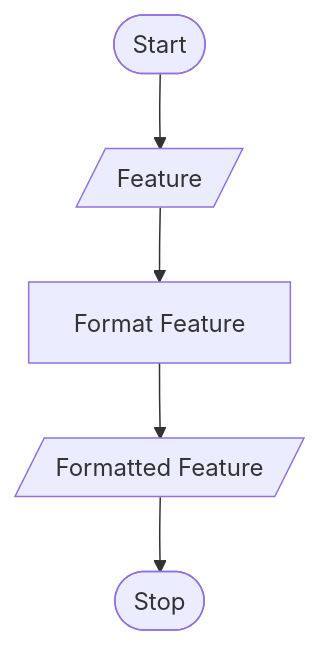
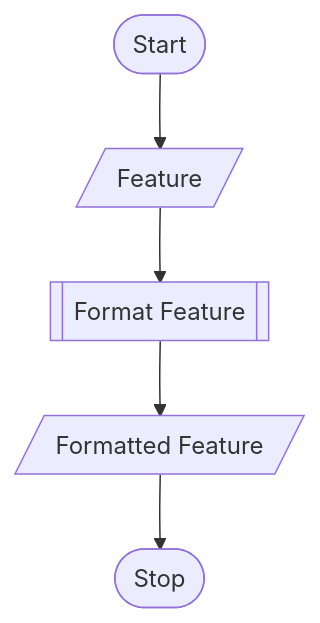
The second of 15 diagrams in src/mermaid.md (gherking/gherking-docs), drawn with Mermaid before and after one commit. The commit also changed other lines of this file, not shown here.

````diff
--- a/src/mermaid.md
+++ b/src/mermaid.md
@@ -16,8 +16,8 @@
 ```mermaid
 graph TD
 A2([Start]) 
 --> B2[/Feature/]
---> C2[Format Feature]
+--> C2[[Format Feature]]
 --> D2[/Formatted Feature/]
 --> E2([Stop])
 ```
````
